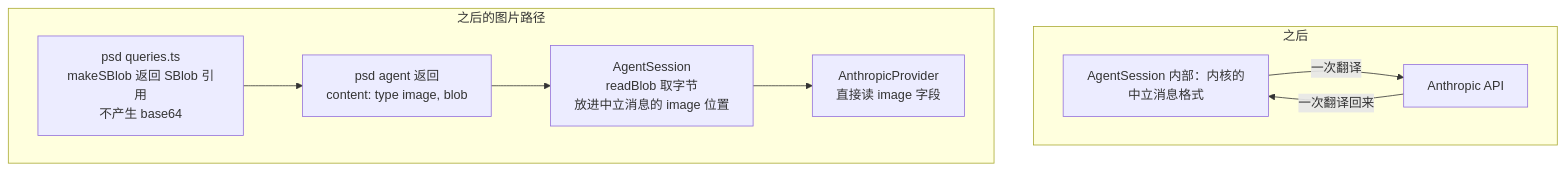
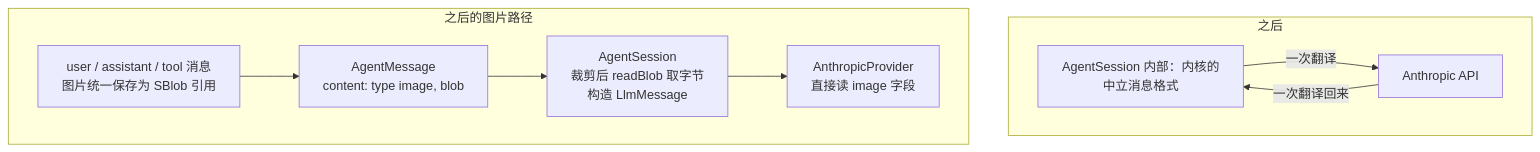
Before and after one commit to shazhou-ww/unidocs: the ninth of 18 diagrams in docs/superpowers/specs/2026-08-26-agent-sdk-design.md, drawn with Mermaid. The commit also changed other lines of this file, not shown here.

First line of the commit message:
docs(agent-sdk): enhance multimodal message design

````diff
--- a/docs/superpowers/specs/2026-08-26-agent-sdk-design.md
+++ b/docs/superpowers/specs/2026-08-26-agent-sdk-design.md
@@ -720,13 +731,13 @@
 ```mermaid
 flowchart TB
     subgraph after["之后"]
         T1["AgentSession 内部：内核的中立消息格式"] -->|"一次翻译"| T2["Anthropic API"]
         T2 -->|"一次翻译回来"| T1
     end
 
     subgraph afterimg["之后的图片路径"]
-        J1["psd queries.ts<br/>makeSBlob 返回 SBlob 引用<br/>不产生 base64"] --> J2["psd agent 返回<br/>content: type image, blob"]
-        J2 --> J3["AgentSession<br/>readBlob 取字节<br/>放进中立消息的 image 位置"]
+        J1["user / assistant / tool 消息<br/>图片统一保存为 SBlob 引用"] --> J2["AgentMessage<br/>content: type image, blob"]
+        J2 --> J3["AgentSession<br/>裁剪后 readBlob 取字节<br/>构造 LlmMessage"]
         J3 --> J4["AnthropicProvider<br/>直接读 image 字段"]
     end
 ```
````
